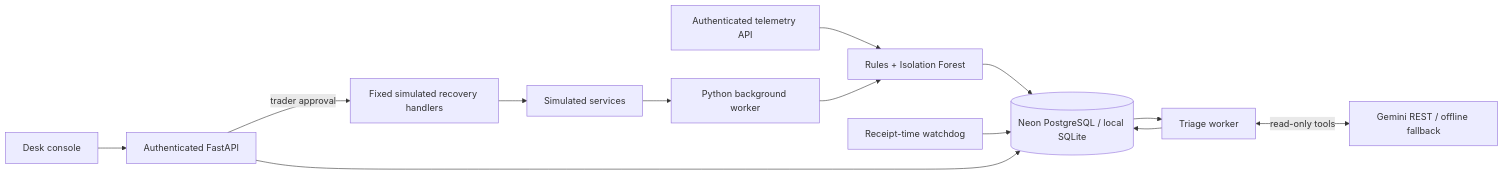
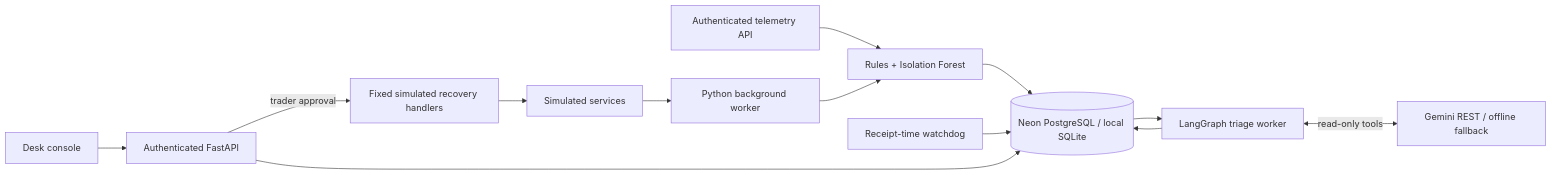
One commit to VyankateshD206/desk-triager changed the diagram in docs/ARCHITECTURE.md. Above: the diagram before and after it, drawn with Mermaid. The commit also changed other lines of this file and 9 other files, not shown here.

````diff
--- a/docs/ARCHITECTURE.md
+++ b/docs/ARCHITECTURE.md
@@ -3,15 +3,15 @@
 ```mermaid
 flowchart LR
     S[Simulated services] --> W[Python background worker]
     H[Authenticated telemetry API] --> D[Rules + Isolation Forest]
     W --> D
     D --> N[(Neon PostgreSQL / local SQLite)]
     V[Receipt-time watchdog] --> N
-    N --> T[Triage worker]
+    N --> T[LangGraph triage worker]
     T <-->|read-only tools| G[Gemini REST / offline fallback]
     T --> N
     UI[Desk console] --> API[Authenticated FastAPI]
     API --> N
     API -->|trader approval| R[Fixed simulated recovery handlers]
     R --> S
 ```
````
